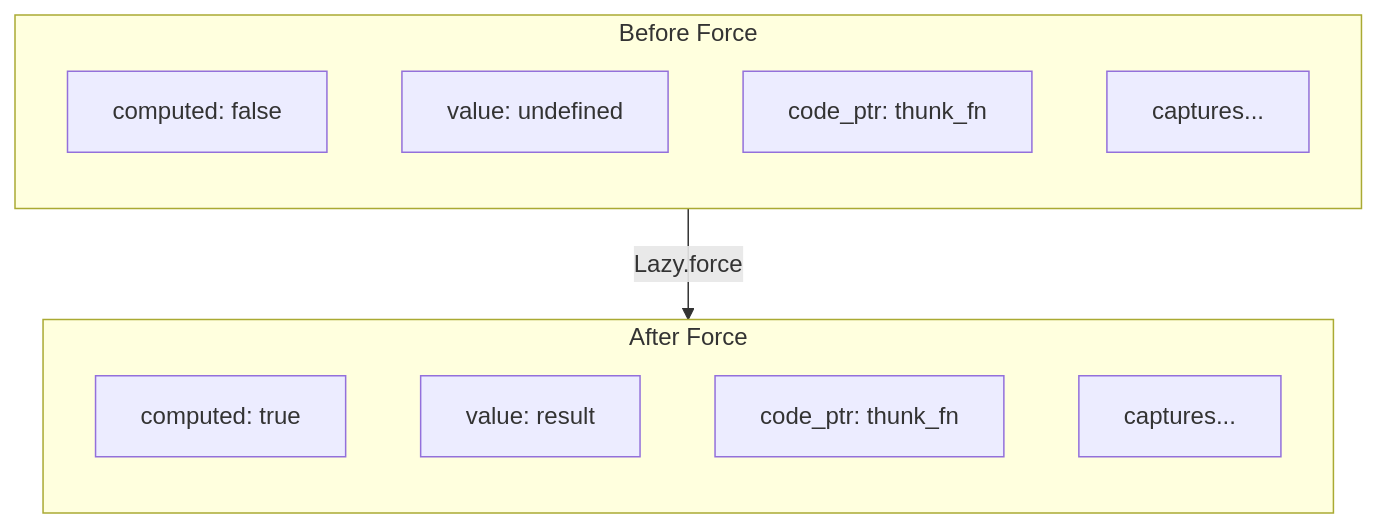
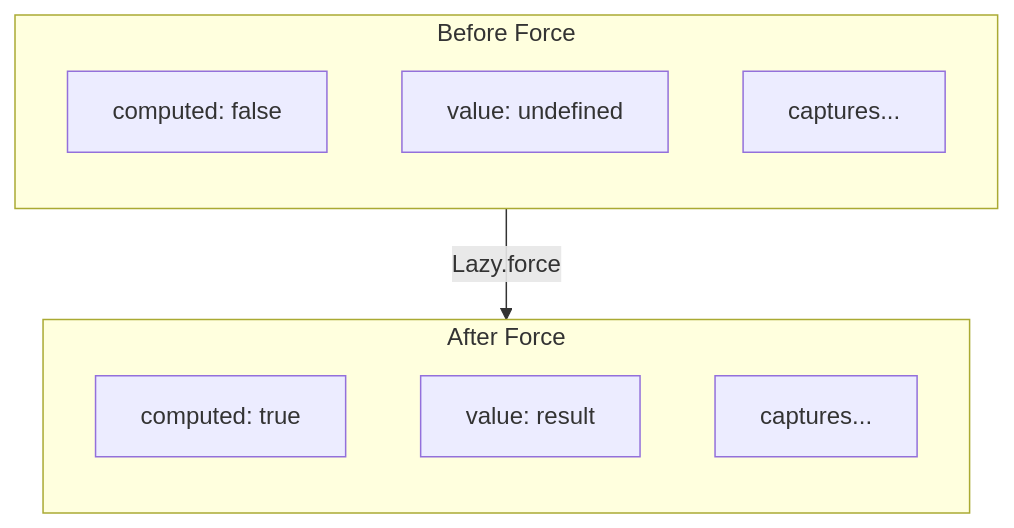
The first of 2 diagrams in hugo/content/docs/design/structure-and-performance/why-lazy-is-hard.md (FidelityFramework/clef-lang-site), drawn with Mermaid before and after one commit. The commit also changed other lines of this file and 25 other files, not shown here.

````diff
--- a/hugo/content/docs/design/structure-and-performance/why-lazy-is-hard.md
+++ b/hugo/content/docs/design/structure-and-performance/why-lazy-is-hard.md
@@ -43,20 +43,18 @@
 ```mermaid
 flowchart TD
     subgraph Before["Before Force"]
         direction TB
         B_COMP[computed: false]
         B_VAL[value: undefined]
-        B_CODE[code_ptr: thunk_fn]
         B_CAP[captures...]
     end
 
     subgraph After["After Force"]
         direction TB
         A_COMP[computed: true]
         A_VAL[value: result]
-        A_CODE[code_ptr: thunk_fn]
         A_CAP[captures...]
     end
 
     Before -->|"Lazy.force"| After
 ```
````
